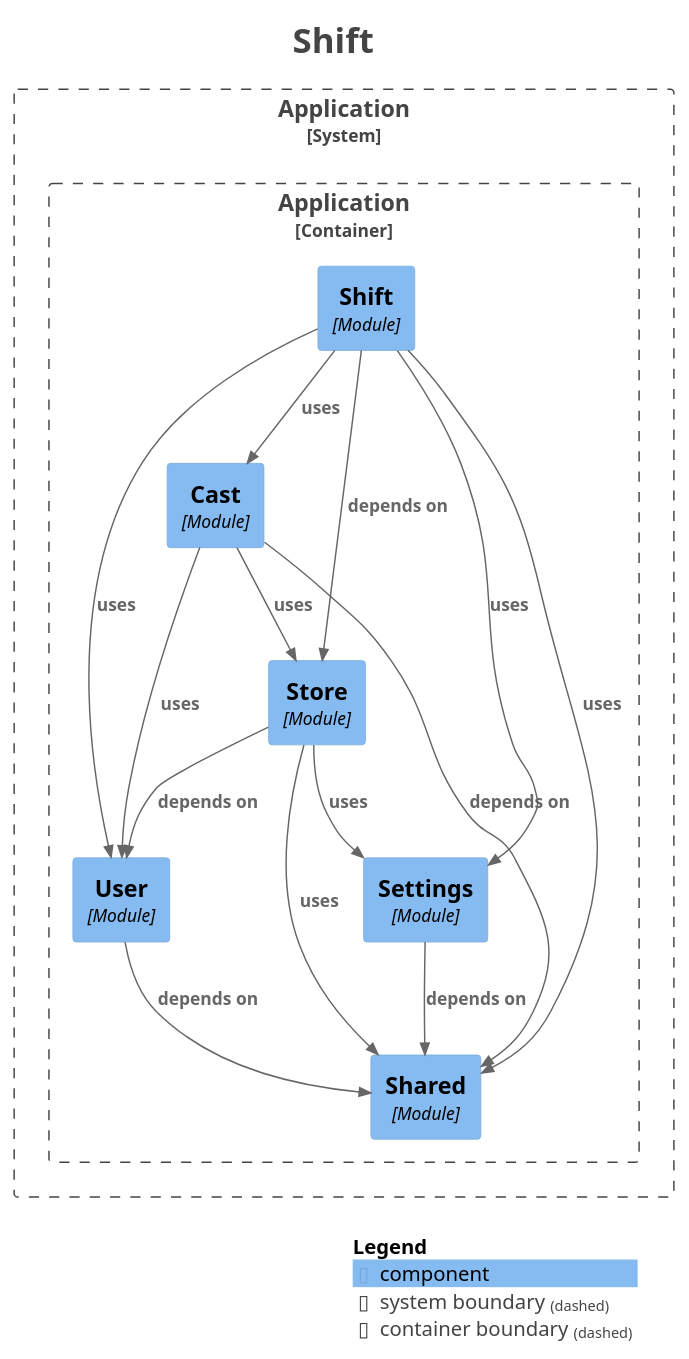
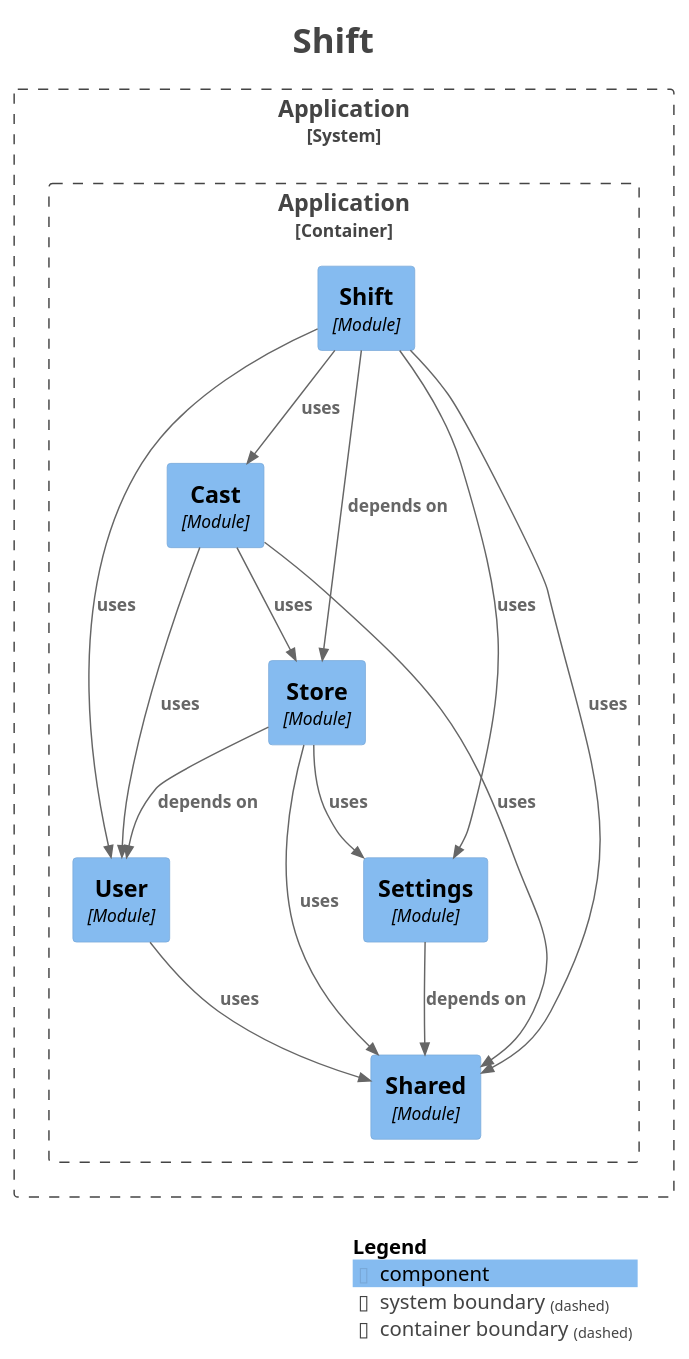
Before and after one commit to kanghouchao/Kizuna: the diagram in backend/docs/modulith/module-shift.puml, drawn with PlantUML. The commit also changed 81 other files, not shown here.

```diff
--- a/backend/docs/modulith/module-shift.puml
+++ b/backend/docs/modulith/module-shift.puml
@@ -1,46 +1,46 @@
 @startuml
 title <size:24>Shift</size>
 
 set separator none
 top to bottom direction
 
 <style>
   root {
     BackgroundColor: #ffffff
     FontColor: #444444
   }
 </style>
 
 !include <C4/C4>
 !include <C4/C4_Context>
 !include <C4/C4_Component>
 
 System_Boundary("Application_boundary", "Application", $tags="") {
   Container_Boundary("Application.Application_boundary", "Application", $tags="") {
     Component(Application.Application.Store, "Store", $techn="Module", $descr="", $tags="", $link="")
     Component(Application.Application.Cast, "Cast", $techn="Module", $descr="", $tags="", $link="")
     Component(Application.Application.Shift, "Shift", $techn="Module", $descr="", $tags="", $link="")
     Component(Application.Application.Shared, "Shared", $techn="Module", $descr="", $tags="", $link="")
     Component(Application.Application.Settings, "Settings", $techn="Module", $descr="", $tags="", $link="")
     Component(Application.Application.User, "User", $techn="Module", $descr="", $tags="", $link="")
   }
 
 }
 
+Rel(Application.Application.Settings, Application.Application.Shared, "depends on", $techn="", $tags="", $link="")
 Rel(Application.Application.Store, Application.Application.User, "depends on", $techn="", $tags="", $link="")
 Rel(Application.Application.Store, Application.Application.Settings, "uses", $techn="", $tags="", $link="")
 Rel(Application.Application.Store, Application.Application.Shared, "uses", $techn="", $tags="", $link="")
 Rel(Application.Application.Shift, Application.Application.Store, "depends on", $techn="", $tags="", $link="")
+Rel(Application.Application.Shift, Application.Application.Settings, "uses", $techn="", $tags="", $link="")
 Rel(Application.Application.Shift, Application.Application.Cast, "uses", $techn="", $tags="", $link="")
 Rel(Application.Application.Shift, Application.Application.User, "uses", $techn="", $tags="", $link="")
-Rel(Application.Application.Shift, Application.Application.Settings, "uses", $techn="", $tags="", $link="")
 Rel(Application.Application.Shift, Application.Application.Shared, "uses", $techn="", $tags="", $link="")
-Rel(Application.Application.Settings, Application.Application.Shared, "depends on", $techn="", $tags="", $link="")
-Rel(Application.Application.User, Application.Application.Shared, "depends on", $techn="", $tags="", $link="")
-Rel(Application.Application.Cast, Application.Application.Shared, "depends on", $techn="", $tags="", $link="")
 Rel(Application.Application.Cast, Application.Application.User, "uses", $techn="", $tags="", $link="")
 Rel(Application.Application.Cast, Application.Application.Store, "uses", $techn="", $tags="", $link="")
+Rel(Application.Application.Cast, Application.Application.Shared, "uses", $techn="", $tags="", $link="")
+Rel(Application.Application.User, Application.Application.Shared, "uses", $techn="", $tags="", $link="")
 
 SHOW_LEGEND(true)
 hide stereotypes
 @enduml
```
